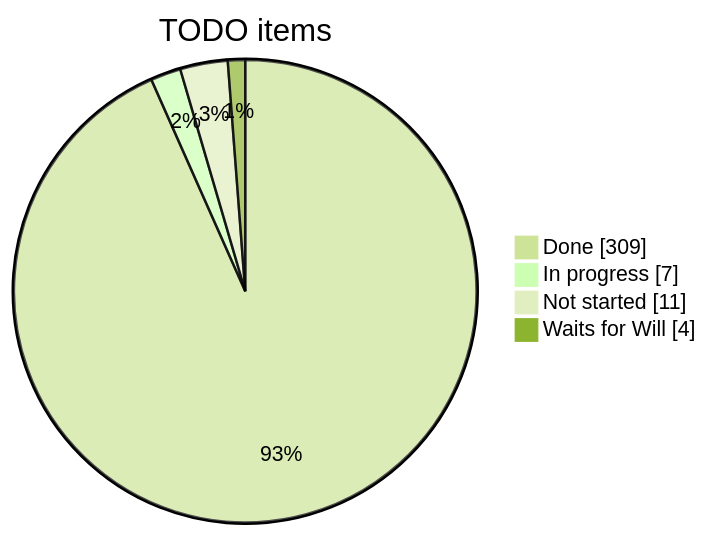
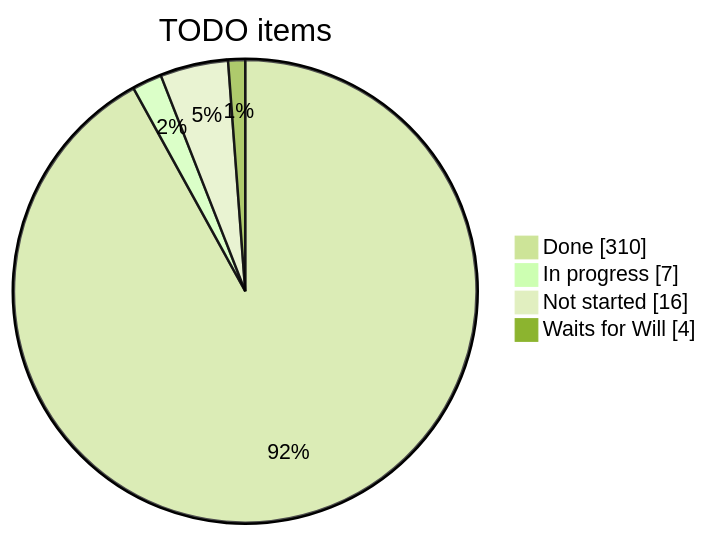
One commit to Mincher/sherpa-ui changed the first of 14 diagrams in docs/history/STOCKTAKE-2026-10-19.md. Above: the diagram before and after it, drawn with Mermaid (forest theme). The commit also changed other lines of this file and 1 other file, not shown here.

````diff
--- a/docs/history/STOCKTAKE-2026-10-19.md
+++ b/docs/history/STOCKTAKE-2026-10-19.md
@@ -16,7 +19,7 @@
 ```mermaid
 pie showData title TODO items
-  "Done" : 309
+  "Done" : 310
   "In progress" : 7
-  "Not started" : 11
+  "Not started" : 16
   "Waits for Will" : 4
 ```
````
